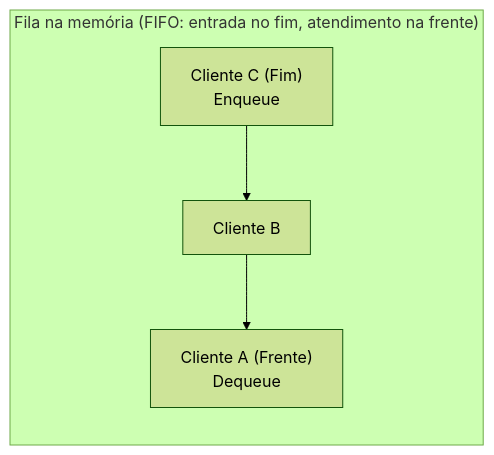
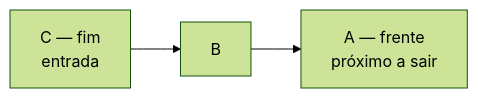
The second of 5 diagrams in 00. Sintaxe Multilinguagem/08. Estruturas de dados fundamentais (materialização de modelos mentais em código).md (leorruas/puc), drawn with Mermaid (forest theme) before and after one commit. The commit also changed other lines of this file, not shown here.

````diff
--- a/00. Sintaxe Multilinguagem/08. Estruturas de dados fundamentais (materialização de modelos mentais em código).md
+++ b/00. Sintaxe Multilinguagem/08. Estruturas de dados fundamentais (materialização de modelos mentais em código).md
@@ -118,6 +116,9 @@
 ```mermaid
 flowchart LR
-    subgraph Fila ["Fila na memória (FIFO: entrada no fim, atendimento na frente)"]
-        Fim["Cliente C (Fim)<br>Enqueue"]:::data --> Meio["Cliente B"]:::component --> Frente["Cliente A (Frente)<br>Dequeue"]:::core
-    end
+    Entrada["C — fim<br>entrada"]:::data
+    Meio["B"]:::component
+    Saida["A — frente<br>próximo a sair"]:::core
+
+    Entrada --> Meio
+    Meio --> Saida
 ```
````
